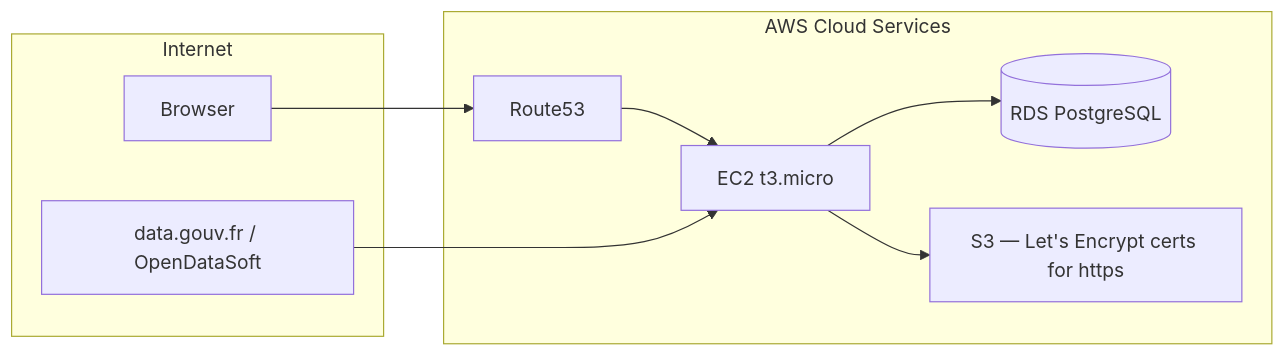
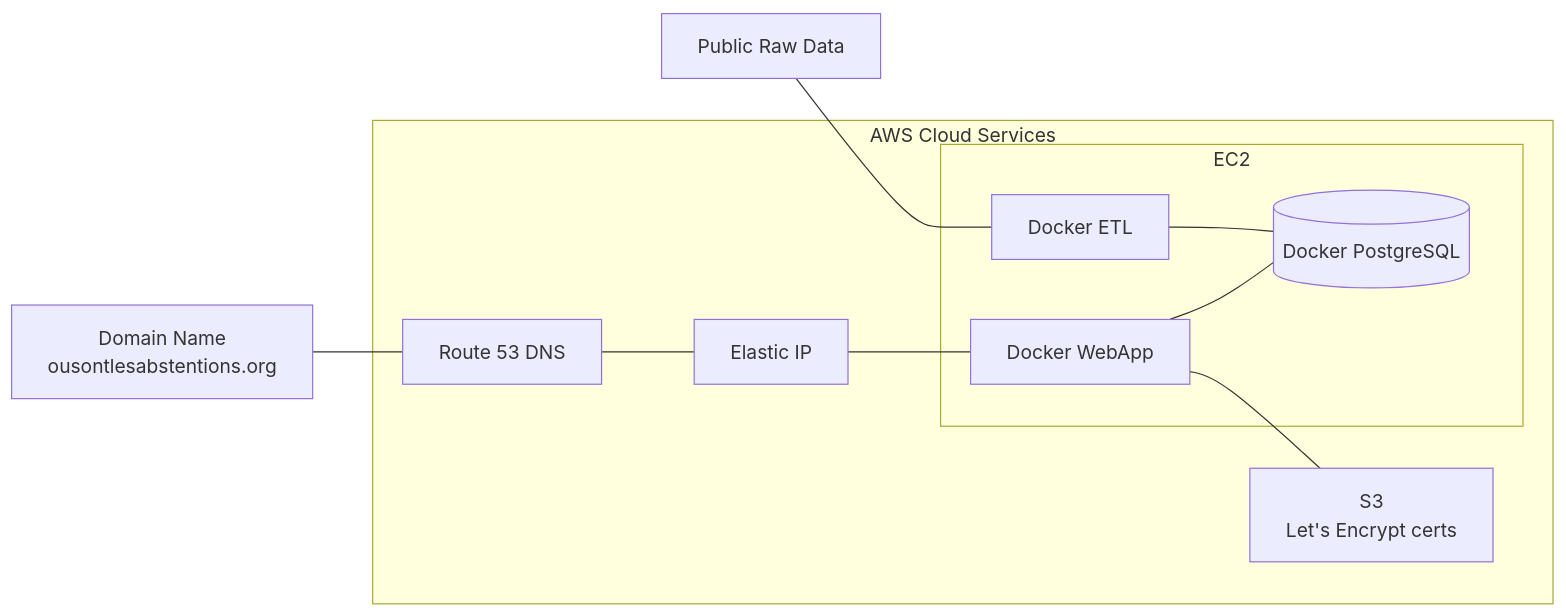
One commit to Willb22/ou_sont_les_absentions changed the diagram in ARCHITECTURE.md. Above: the diagram before and after it, drawn with Mermaid. The commit also changed other lines of this file, not shown here.

````diff
--- a/ARCHITECTURE.md
+++ b/ARCHITECTURE.md
@@ -8,22 +9,29 @@
 ```mermaid
 flowchart LR
-  subgraph Internet
-    User[Browser]
-    DataGouv[data.gouv.fr / OpenDataSoft]
-  end
+    User[Domain Name<br/>ousontlesabstentions.org]
 
-  subgraph AWS["AWS Cloud Services"]
-    Route53[Route53]
-    EC2[EC2 t3.micro]
-    RDS[(RDS PostgreSQL)]
-    S3[S3 — Let's Encrypt certs for https]
+    subgraph AWS["AWS Cloud Services"]
+        Route53[Route 53 DNS]
+        IP[Elastic IP]
 
-    Route53 --> EC2
-    EC2 --> RDS
-    EC2 --> S3
-  end
+        subgraph EC2["EC2"]
+            App[Docker WebApp]
+            PostgreSQL[(Docker PostgreSQL)]
+            ETL[Docker ETL]
+        end
 
-  User --> Route53
-  DataGouv --> EC2
+        S3[S3<br/>Let's Encrypt certs]
+
+        Route53 --- IP
+        IP --- App
+        App --- PostgreSQL
+        App --- S3
+        ETL --- PostgreSQL
+    end
+
+    DataGouv[Public Raw Data]
+
+    User --- Route53
+    DataGouv --- ETL
 
    ```
````
